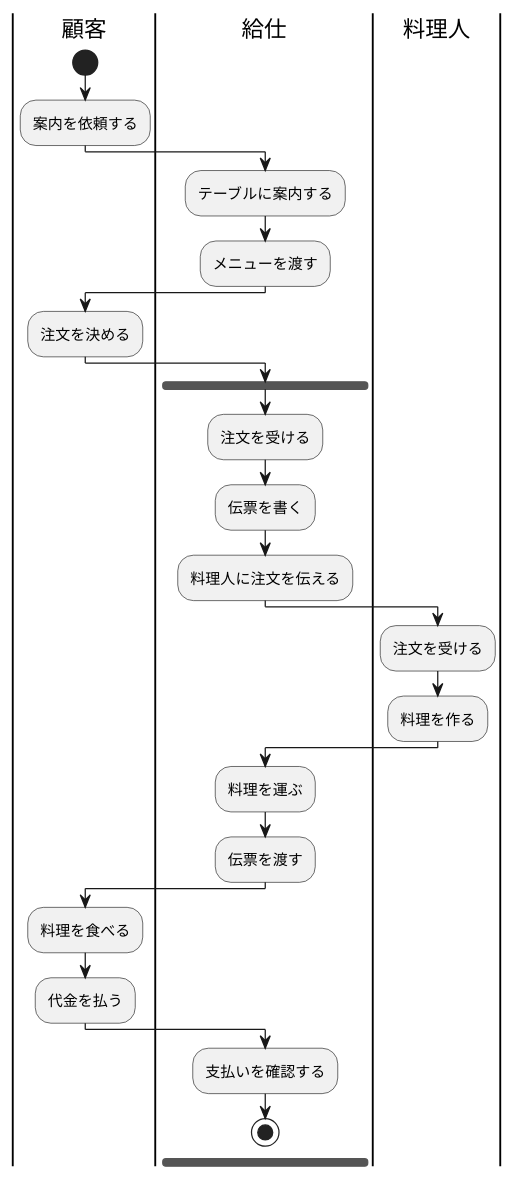
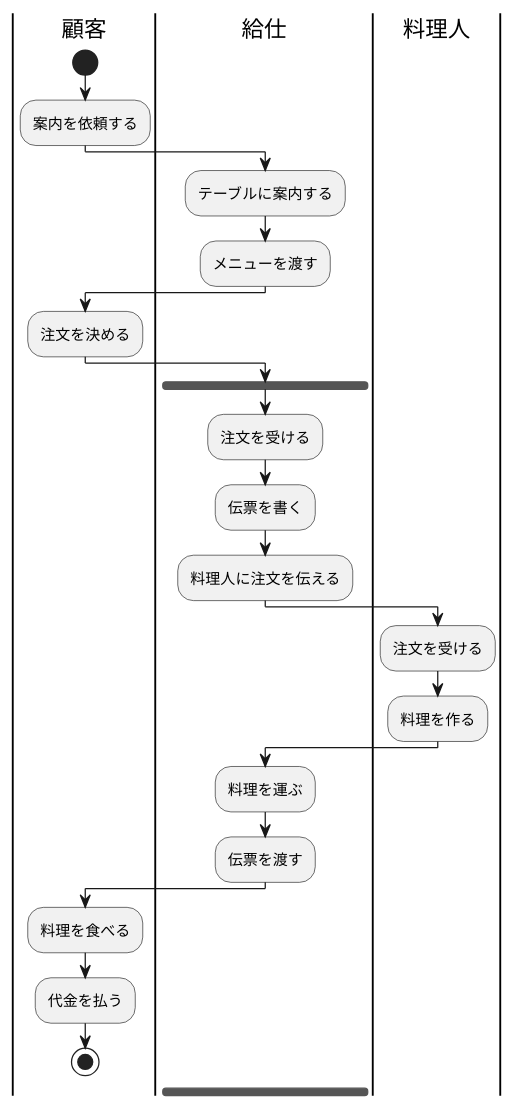
The diagram in 演習7-3_AC_レストランのアクティビティ図.pu (hinokanata/uml-introduction), drawn with PlantUML before and after one commit.

Commit message:
演習7-3

```diff
--- a/演習7-3_AC_レストランのアクティビティ図.pu
+++ b/演習7-3_AC_レストランのアクティビティ図.pu
@@ -1,34 +1,32 @@
 @startuml 演習7-3
 
 |顧客|
 start
 :案内を依頼する;
 |給仕|
 :テーブルに案内する;
 |給仕|
 :メニューを渡す;
 |顧客|
 :注文を決める;
 |給仕|
 fork
 :注文を受ける;
 |給仕|
 :伝票を書く;
 |給仕|
 :料理人に注文を伝える;
 |料理人|
 :注文を受ける;
 |料理人|
 :料理を作る;
 |給仕|
 :料理を運ぶ;
 :伝票を渡す;
 |顧客|
 :料理を食べる;
 |顧客|
 :代金を払う;
-|給仕|
-:支払いを確認する;
 stop
 
 @enduml
```
